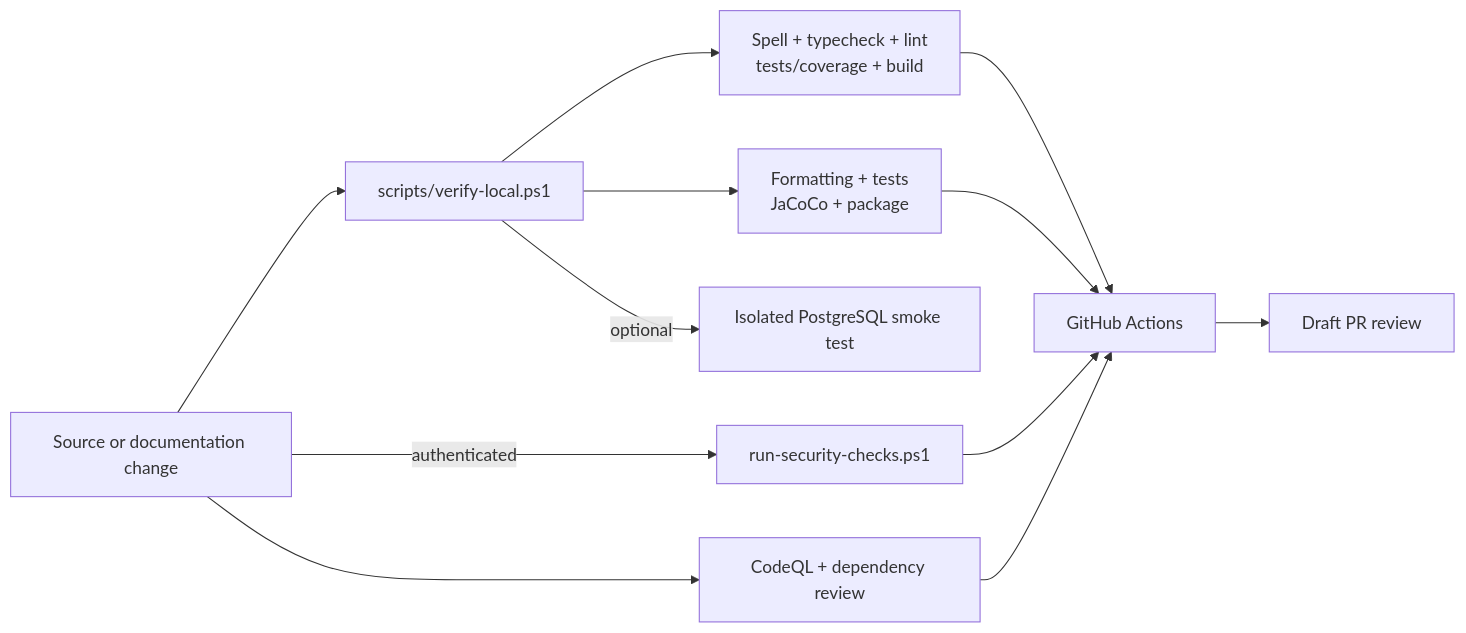
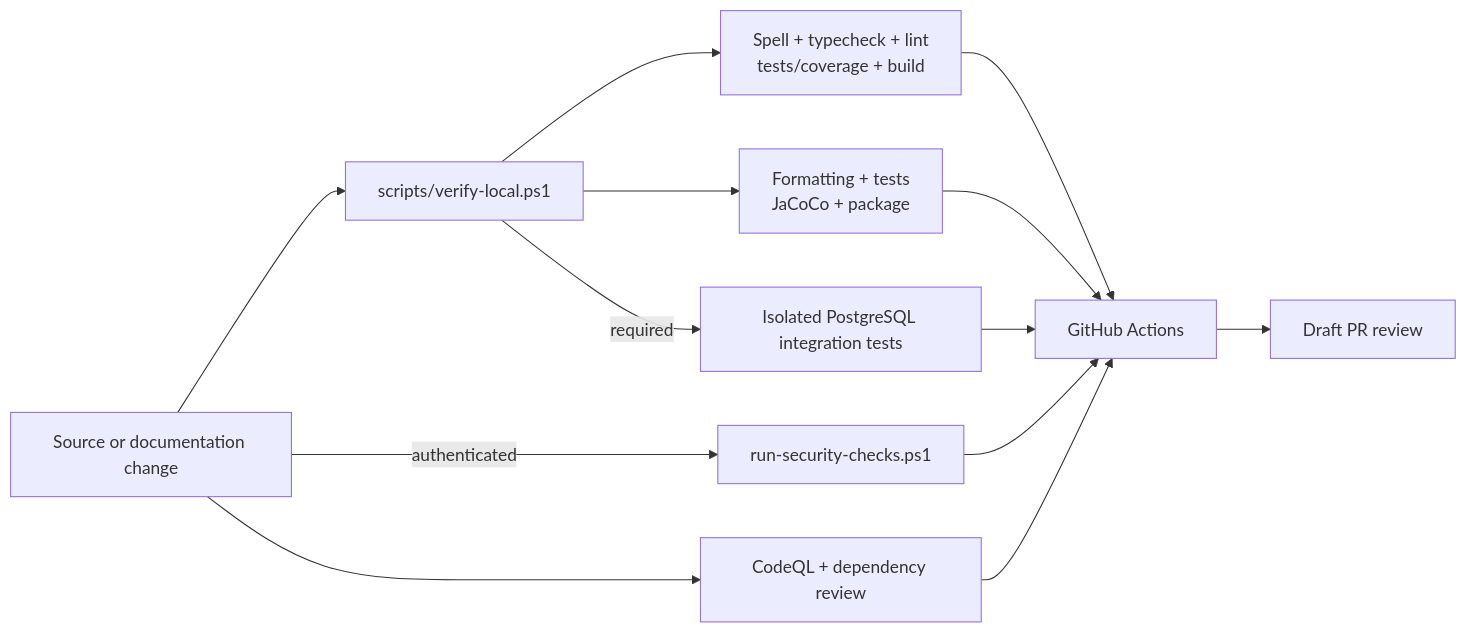
The fourth of 4 diagrams in docs/architecture-map.md (everdein/pay-period-planner), drawn with Mermaid before and after one commit. The commit also changed other lines of this file and 132 other files, not shown here.

First line of the commit message:
Complete PostgreSQL workspace runtime (#32)

````diff
--- a/docs/architecture-map.md
+++ b/docs/architecture-map.md
@@ -191,14 +224,15 @@
 ```mermaid
 flowchart LR
     Change["Source or documentation change"] --> Local["scripts/verify-local.ps1"]
     Local --> Frontend["Spell + typecheck + lint<br/>tests/coverage + build"]
     Local --> Backend["Formatting + tests<br/>JaCoCo + package"]
-    Local -->|"optional"| PGTest["Isolated PostgreSQL smoke test"]
+    Local -->|"required"| PGTest["Isolated PostgreSQL integration tests"]
     Change -->|"authenticated"| Security["run-security-checks.ps1"]
     Change --> HostedSecurity["CodeQL + dependency review"]
     Frontend --> CI["GitHub Actions"]
     Backend --> CI
+    PGTest --> CI
     Security --> CI
     HostedSecurity --> CI
     CI --> Draft["Draft PR review"]
 ```
````
